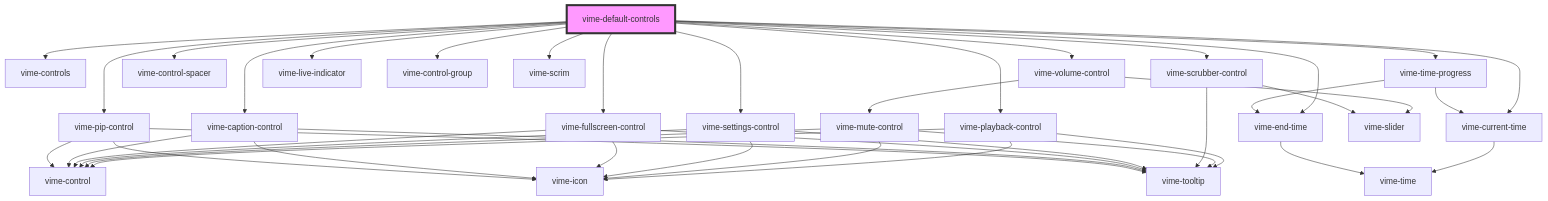
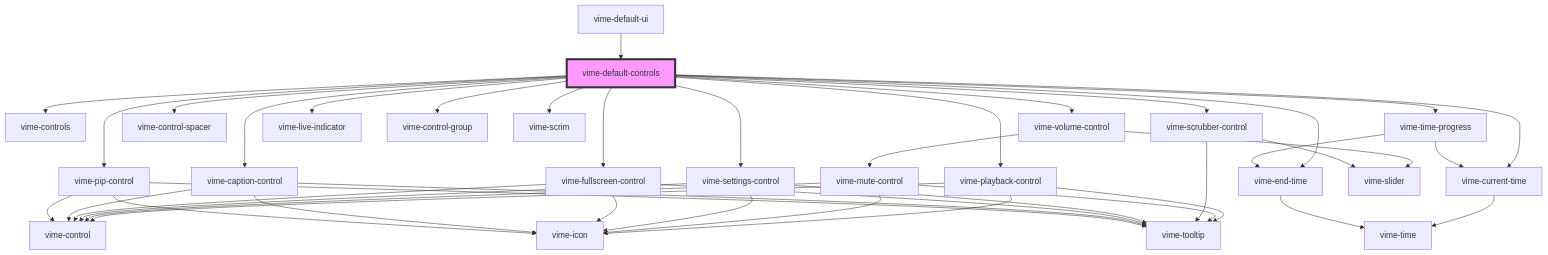
Before and after one commit to vime-js/vime: the diagram in packages/core/src/components/ui/controls/default-controls/readme.md, drawn with Mermaid. The commit also changed other lines of this file and 85 other files, not shown here.

````diff
--- a/packages/core/src/components/ui/controls/default-controls/readme.md
+++ b/packages/core/src/components/ui/controls/default-controls/readme.md
@@ -52,45 +56,46 @@
 ```mermaid
 graph TD;
   vime-default-controls --> vime-controls
   vime-default-controls --> vime-playback-control
   vime-default-controls --> vime-volume-control
   vime-default-controls --> vime-current-time
   vime-default-controls --> vime-control-spacer
   vime-default-controls --> vime-scrubber-control
   vime-default-controls --> vime-live-indicator
   vime-default-controls --> vime-end-time
   vime-default-controls --> vime-settings-control
   vime-default-controls --> vime-control-group
   vime-default-controls --> vime-fullscreen-control
   vime-default-controls --> vime-scrim
   vime-default-controls --> vime-caption-control
   vime-default-controls --> vime-time-progress
   vime-default-controls --> vime-pip-control
   vime-playback-control --> vime-control
   vime-playback-control --> vime-icon
   vime-playback-control --> vime-tooltip
   vime-volume-control --> vime-mute-control
   vime-volume-control --> vime-slider
   vime-mute-control --> vime-control
   vime-mute-control --> vime-icon
   vime-mute-control --> vime-tooltip
   vime-current-time --> vime-time
   vime-scrubber-control --> vime-slider
   vime-scrubber-control --> vime-tooltip
   vime-end-time --> vime-time
   vime-settings-control --> vime-control
   vime-settings-control --> vime-icon
   vime-settings-control --> vime-tooltip
   vime-fullscreen-control --> vime-control
   vime-fullscreen-control --> vime-icon
   vime-fullscreen-control --> vime-tooltip
   vime-caption-control --> vime-control
   vime-caption-control --> vime-icon
   vime-caption-control --> vime-tooltip
   vime-time-progress --> vime-current-time
   vime-time-progress --> vime-end-time
   vime-pip-control --> vime-control
   vime-pip-control --> vime-icon
   vime-pip-control --> vime-tooltip
+  vime-default-ui --> vime-default-controls
   style vime-default-controls fill:#f9f,stroke:#333,stroke-width:4px
 ```
````
